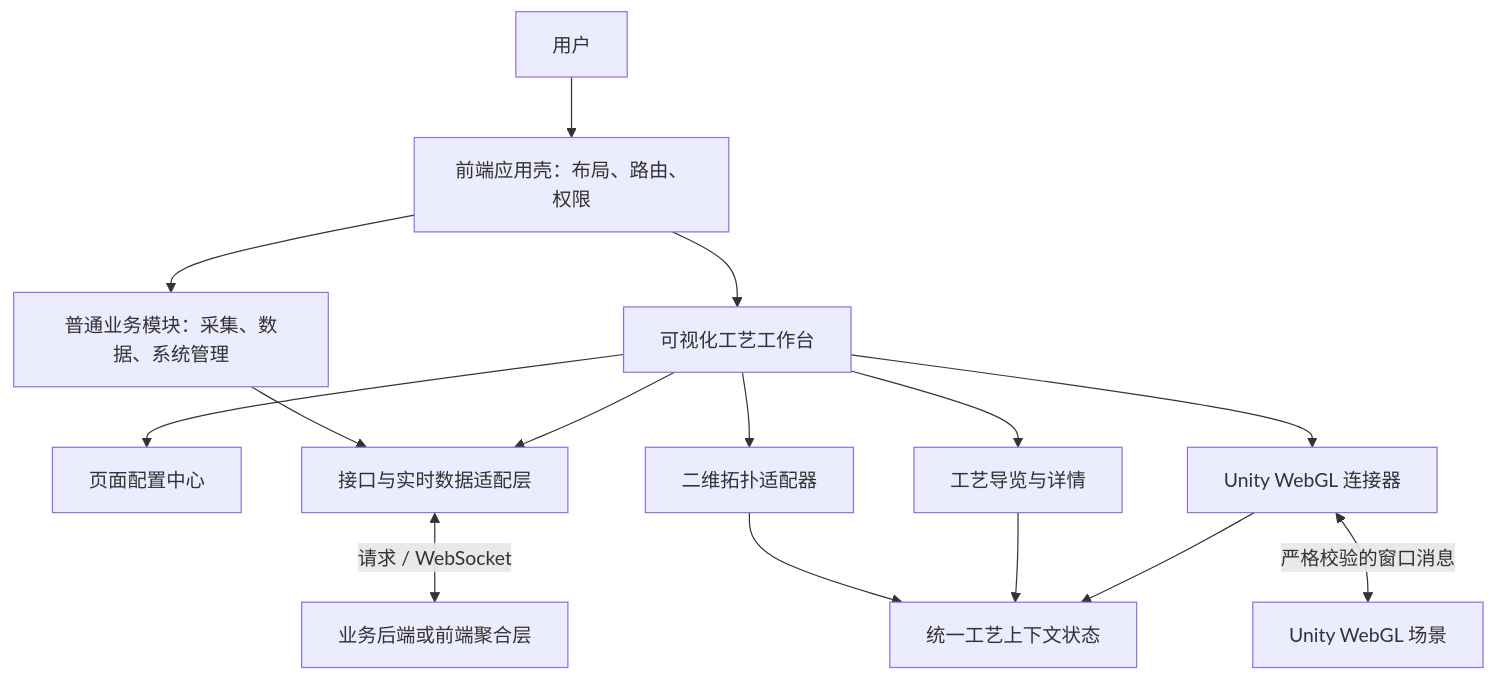
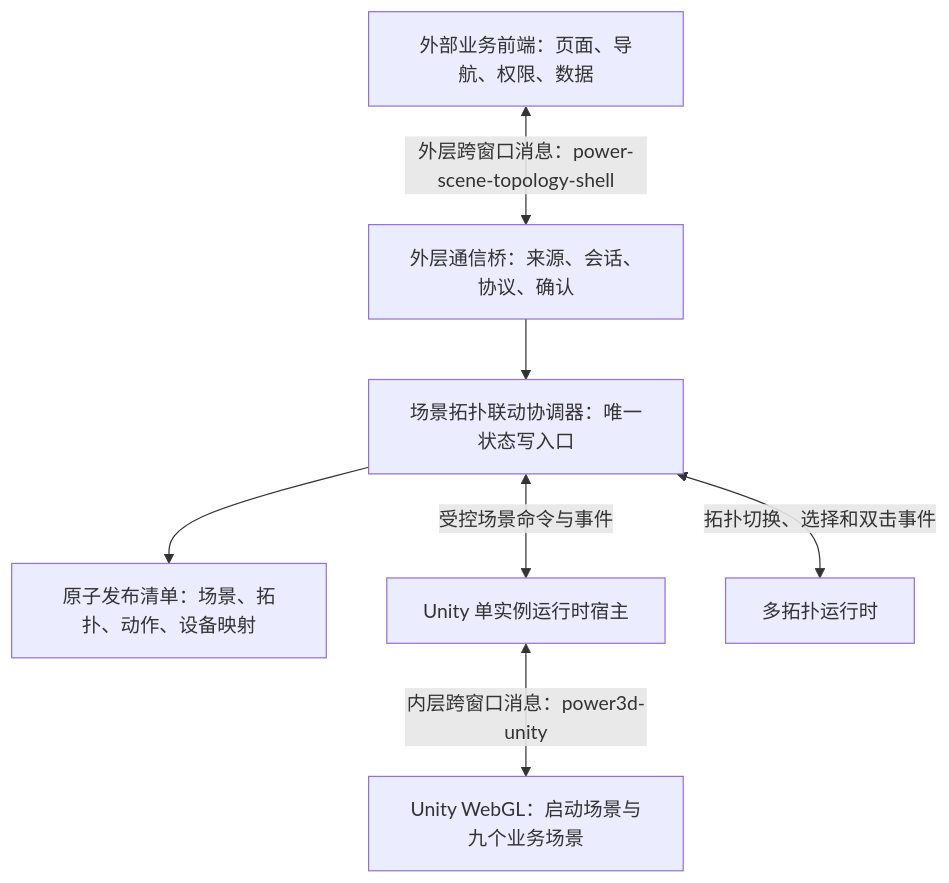
Before and after one commit to leyuexiang/WebDLPro: the first of 4 diagrams in Docs/电力全流程平台-前端架构设计.md, drawn with Mermaid. The commit also changed other lines of this file and 1387 other files, not shown here.

````diff
--- a/Docs/电力全流程平台-前端架构设计.md
+++ b/Docs/电力全流程平台-前端架构设计.md
@@ -91,20 +95,17 @@
 ```mermaid
 flowchart TB
-  U["用户"] --> S["前端应用壳：布局、路由、权限"]
-  S --> B["普通业务模块：采集、数据、系统管理"]
-  S --> V["可视化工艺工作台"]
+  P["外部业务前端：页面、导航、权限、数据"]
+  H["外层通信桥：来源、会话、协议、确认"]
+  C["场景拓扑联动协调器：唯一状态写入口"]
+  M["原子发布清单：场景、拓扑、动作、设备映射"]
+  U["Unity 单实例运行时宿主"]
+  T["多拓扑运行时"]
+  W["Unity WebGL：启动场景与九个业务场景"]
 
-  V --> C["页面配置中心"]
-  V --> T["二维拓扑适配器"]
-  V --> G["工艺导览与详情"]
-  V --> W["Unity WebGL 连接器"]
-
-  W <-->|"严格校验的窗口消息"| U3["Unity WebGL 场景"]
-  T --> DS["统一工艺上下文状态"]
-  G --> DS
-  W --> DS
-
-  B --> A["接口与实时数据适配层"]
-  V --> A
-  A <-->|"请求 / WebSocket"| F["业务后端或前端聚合层"]
+  P <-->|"外层跨窗口消息：power-scene-topology-shell"| H
+  H --> C
+  C --> M
+  C <-->|"受控场景命令与事件"| U
+  C <-->|"拓扑切换、选择和双击事件"| T
+  U <-->|"内层跨窗口消息：power3d-unity"| W
 ```
````
